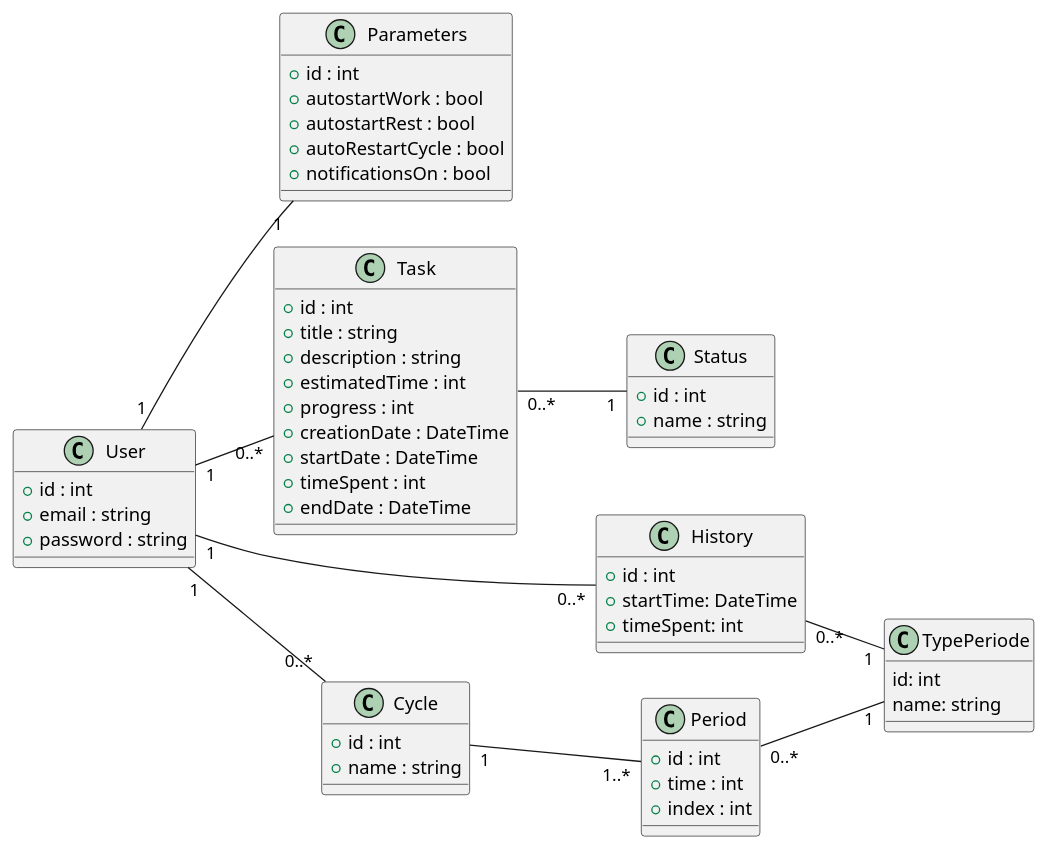
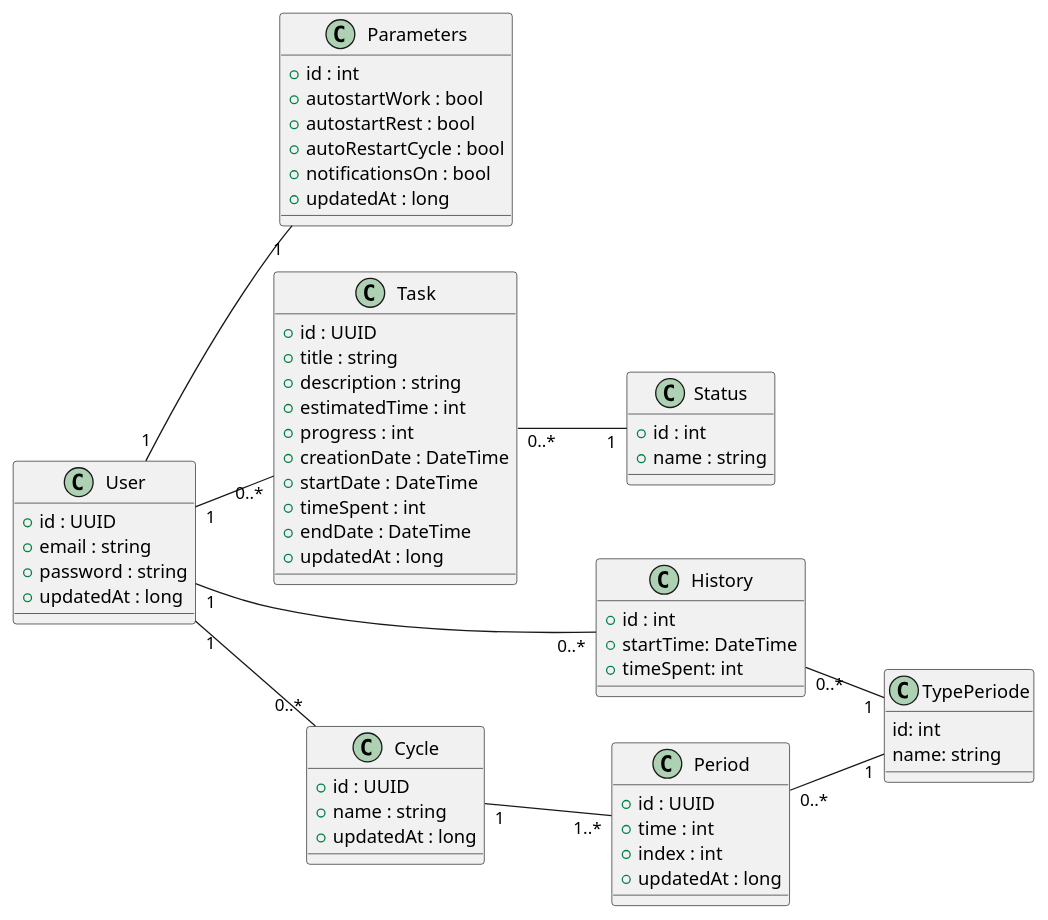
The diagram in modelisation/logical_view/modele_domaine.wsd (MDGav82/FocusTimer), drawn with PlantUML before and after one commit. The commit also changed 6 other files, not shown here.

```diff
--- a/modelisation/logical_view/modele_domaine.wsd
+++ b/modelisation/logical_view/modele_domaine.wsd
@@ -1,68 +1,73 @@
 @startuml pomodoro_domain
 left to right direction
 
 class User {
-  +id : int
+  +id : UUID
   +email : string
   +password : string
+  +updatedAt : long
 }
 
 class Parameters {
   +id : int
   +autostartWork : bool
   +autostartRest : bool
   +autoRestartCycle : bool
   +notificationsOn : bool
+  +updatedAt : long
 }
 
 class Task {
-  +id : int
+  +id : UUID
   +title : string
   +description : string
   +estimatedTime : int
   +progress : int
   +creationDate : DateTime
   +startDate : DateTime
   +timeSpent : int
   +endDate : DateTime
+  +updatedAt : long
 }
 
 class History {
   +id : int
   +startTime: DateTime
   +timeSpent: int
 }
 
 class Cycle {
-  +id : int
+  +id : UUID
   +name : string
+  +updatedAt : long
 }
 
 class TypePeriode {
     id: int
     name: string
 }
 
 class Period {
-  +id : int
+  +id : UUID
   +time : int
   +index : int
+  +updatedAt : long
 }
 
 class Status {
    +id : int
   +name : string
 }
 
 ' Relations
 
 User "1" -- "1" Parameters
 User "1" -- "0..*" Task
 User "1" -- "0..*" Cycle
 User "1" -- "0..*" History
 Cycle "1" -- "1..*" Period
 Period "0..*" -- "1" TypePeriode
 History "0..*" -- "1" TypePeriode
 Task "0..*" -- "1" Status
 
 @enduml
```
